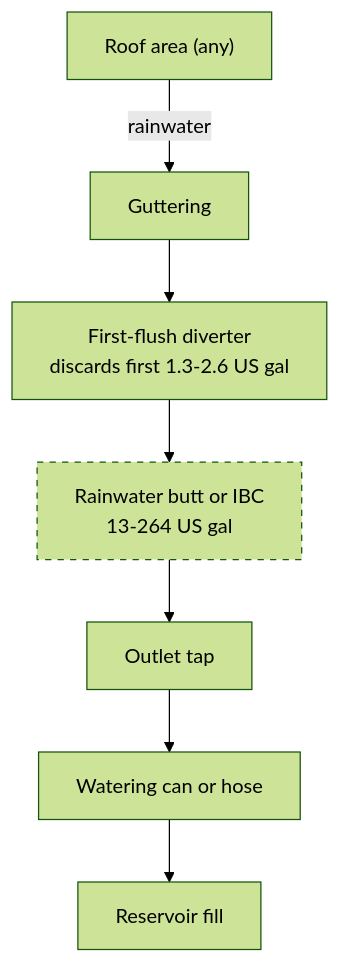
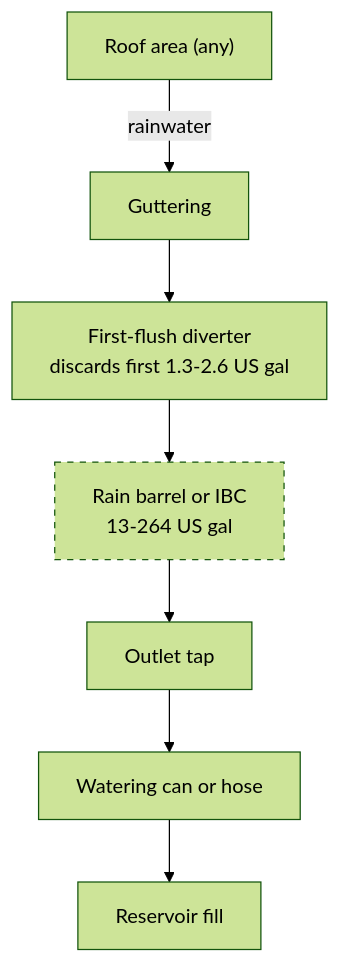
Before and after one commit to UncleJS/guide_hydroponics: the diagram in guide/nft/03-water-quality.md, drawn with Mermaid (forest theme). The commit also changed 20 other files, not shown here.

````diff
--- a/guide/nft/03-water-quality.md
+++ b/guide/nft/03-water-quality.md
@@ -274,12 +274,12 @@
 ```mermaid
 flowchart TD
     A["Roof area (any)"] -->|rainwater| B["Guttering"]
     B --> C["First-flush diverter<br/>discards first 1.3-2.6 US gal"]
-    C --> D["Rainwater butt or IBC<br/>13-264 US gal"]
+    C --> D["Rain barrel or IBC<br/>13-264 US gal"]
     D --> E["Outlet tap"]
     E --> F["Watering can or hose"]
     F --> G["Reservoir fill"]
 
     D:::note
     classDef note stroke-dasharray:5 5
 ```
````
